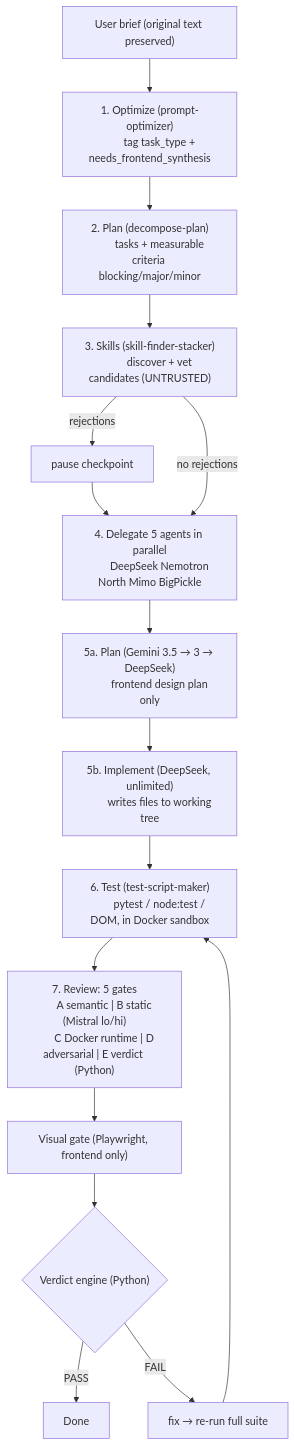
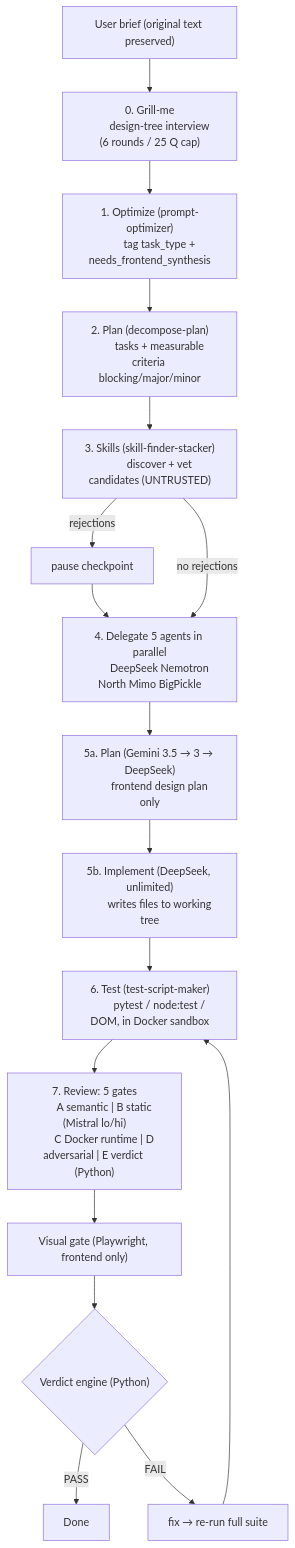
Before and after one commit to hashemelhelo2827/opencode-moa: the diagram in README.md, drawn with Mermaid. The commit also changed other lines of this file and 15 other files, not shown here.

Commit message:
Sync moa-v2 skill: grill-me, workflow authority, flow editor, policy validator

````diff
--- a/README.md
+++ b/README.md
@@ -9,27 +9,29 @@
 ```mermaid
 flowchart TD
-    A["User brief (original text preserved)"] --> B["1. Optimize (prompt-optimizer)
+    A["User brief (original text preserved)"] --> B["0. Grill-me
+        design-tree interview (6 rounds / 25 Q cap)"]
+    B --> C["1. Optimize (prompt-optimizer)
         tag task_type + needs_frontend_synthesis"]
-    B --> C["2. Plan (decompose-plan)
+    C --> D["2. Plan (decompose-plan)
         tasks + measurable criteria blocking/major/minor"]
-    C --> D["3. Skills (skill-finder-stacker)
+    D --> E["3. Skills (skill-finder-stacker)
         discover + vet candidates (UNTRUSTED)"]
-    D -- "rejections" --> P["pause checkpoint"]
-    P --> E
-    D -- "no rejections" --> E
-    E["4. Delegate 5 agents in parallel
-        DeepSeek Nemotron North Mimo BigPickle"] --> F["5a. Plan (Gemini 3.5 → 3 → DeepSeek)
+    E -- "rejections" --> P["pause checkpoint"]
+    P --> F
+    E -- "no rejections" --> F
+    F["4. Delegate 5 agents in parallel
+        DeepSeek Nemotron North Mimo BigPickle"] --> G["5a. Plan (Gemini 3.5 → 3 → DeepSeek)
         frontend design plan only"]
-    F --> G["5b. Implement (DeepSeek, unlimited)
+    G --> H["5b. Implement (DeepSeek, unlimited)
         writes files to working tree"]
-    G --> H["6. Test (test-script-maker)
+    H --> I["6. Test (test-script-maker)
         pytest / node:test / DOM, in Docker sandbox"]
-    H --> I["7. Review: 5 gates
+    I --> J["7. Review: 5 gates
         A semantic | B static (Mistral lo/hi)
         C Docker runtime | D adversarial | E verdict (Python)"]
-    I --> J["Visual gate (Playwright, frontend only)"]
-    J --> K{"Verdict engine (Python)"}
-    K -- "PASS" --> L["Done"]
-    K -- "FAIL" --> M["fix → re-run full suite"]
-    M --> H
+    J --> K["Visual gate (Playwright, frontend only)"]
+    K --> L{"Verdict engine (Python)"}
+    L -- "PASS" --> M["Done"]
+    L -- "FAIL" --> N["fix → re-run full suite"]
+    N --> I
 ```
````
